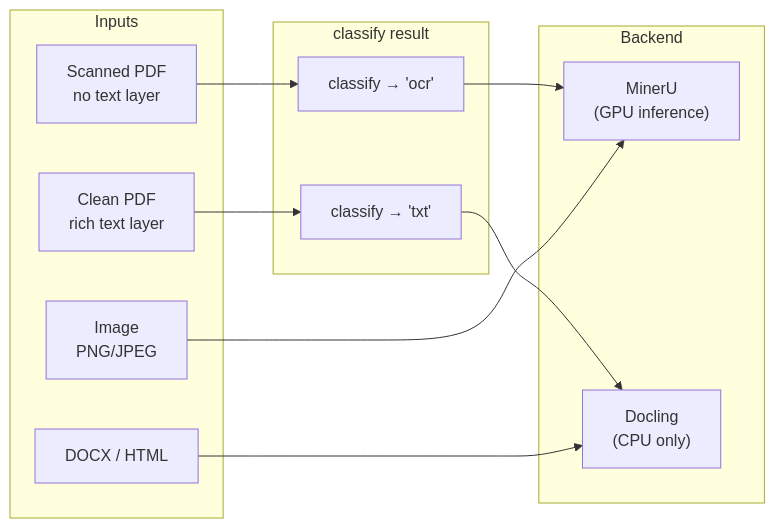
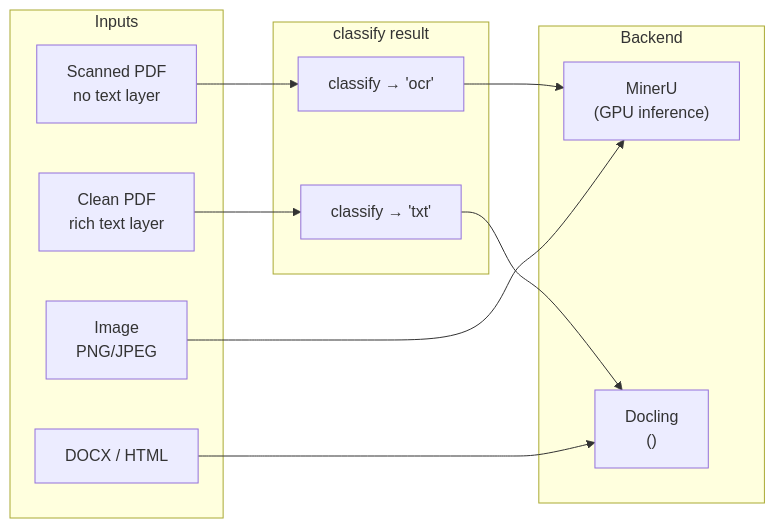
Before and after one commit to anguyenbus/mineru-vlm: the fourth of 4 diagrams in docs/pdf-routing.md, drawn with Mermaid. The commit also changed 1 other file, not shown here.

Commit message:
[batch_process_locksafe_route] upload approach

````diff
--- a/docs/pdf-routing.md
+++ b/docs/pdf-routing.md
@@ -156,24 +156,24 @@
 ```mermaid
 flowchart LR
     subgraph Inputs
         A[Scanned PDF\nno text layer]
         B[Clean PDF\nrich text layer]
         C[DOCX / HTML]
         D[Image\nPNG/JPEG]
     end
 
     subgraph classify result
         OCR["classify → 'ocr'"]
         TXT["classify → 'txt'"]
     end
 
     subgraph Backend
         M["MinerU\n(GPU inference)"]
-        DL["Docling\n(CPU only)"]
+        DL["Docling\n()"]
     end
 
     A --> OCR --> M
     B --> TXT --> DL
     C --> DL
     D --> M
 ```
````
